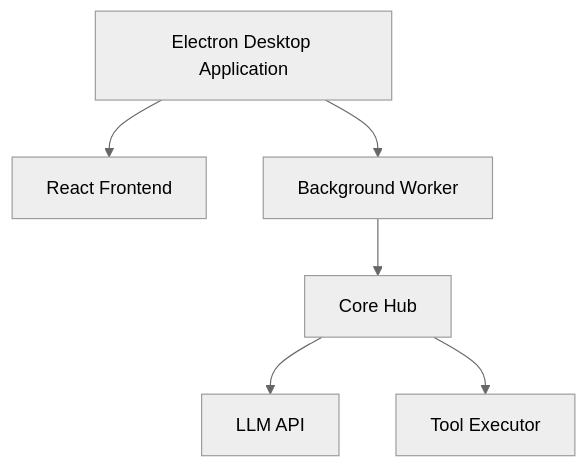
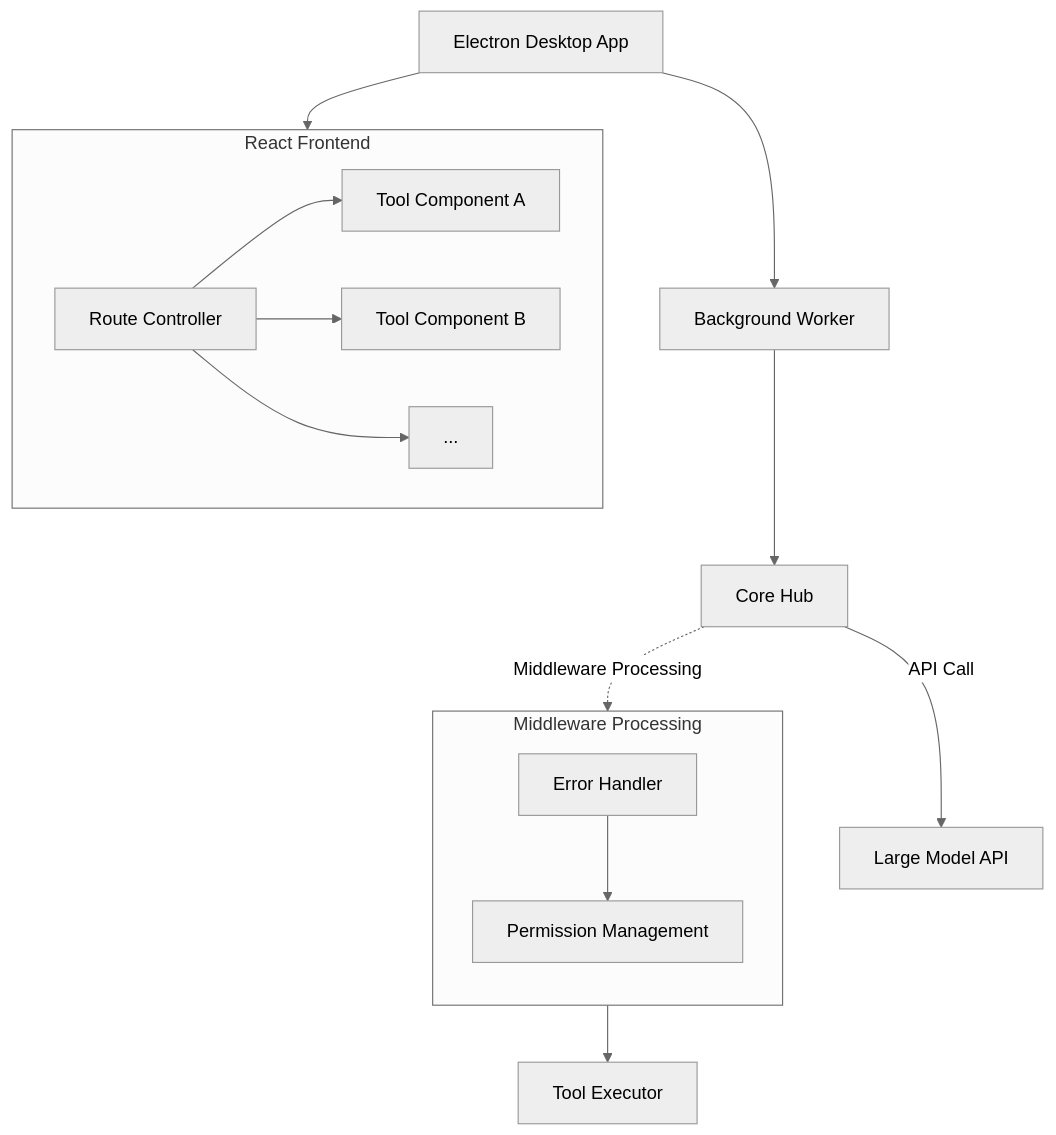
Before and after one commit to waht41/auto_machine: the diagram in readme.md, drawn with Mermaid (neutral theme). The commit also changed other lines of this file and 2 other files, not shown here.

Commit message:
改改文档

````diff
--- a/readme.md
+++ b/readme.md
@@ -39,8 +35,22 @@
 ```mermaid
 graph TD
-    A[Electron Desktop Application] --> B[React Frontend]
+    A[Electron Desktop App] --> B(React Frontend)
     A --> C[Background Worker]
     C --> D[Core Hub]
-    D --> E[LLM API]
-    D --> F[Tool Executor]
+    D -->|API Call| E[Large Model API]
+    D -.Middleware Processing.-> M1[Error Handler]
+    
+    subgraph B [React Frontend]
+        direction LR
+        B1[Route Controller] --> B2[Tool Component A]
+        B1 --> B3[Tool Component B]
+        B1 --> B4[...]
+    end
+    
+    subgraph Middleware [Middleware Processing]
+        direction TB
+        M1 --> M2[Permission Management]
+    end
+    
+    M2 --> F[Tool Executor]
 ```
````
